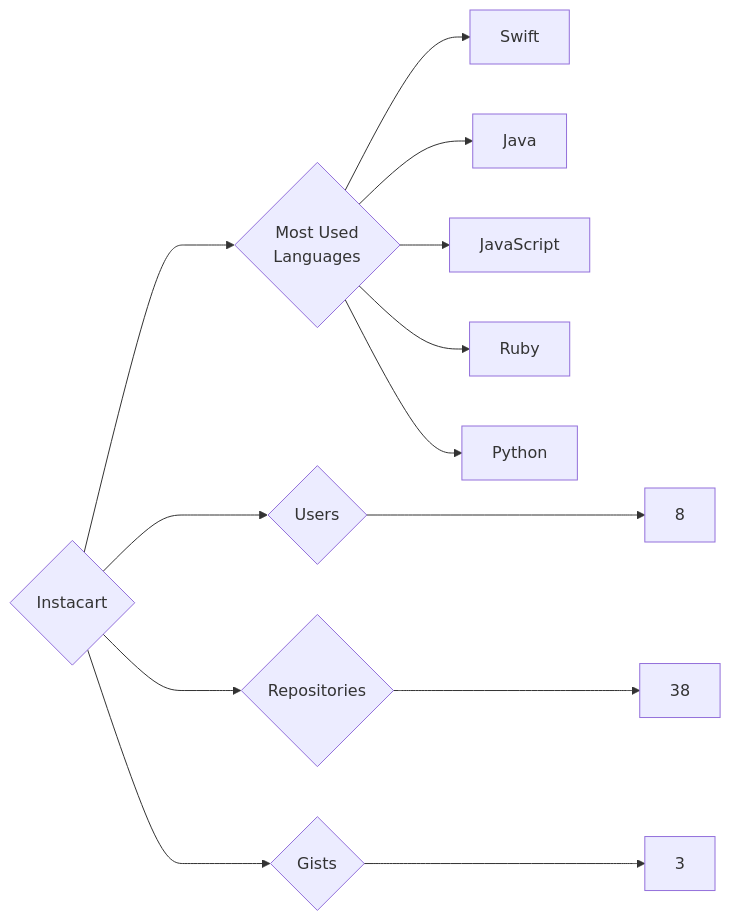
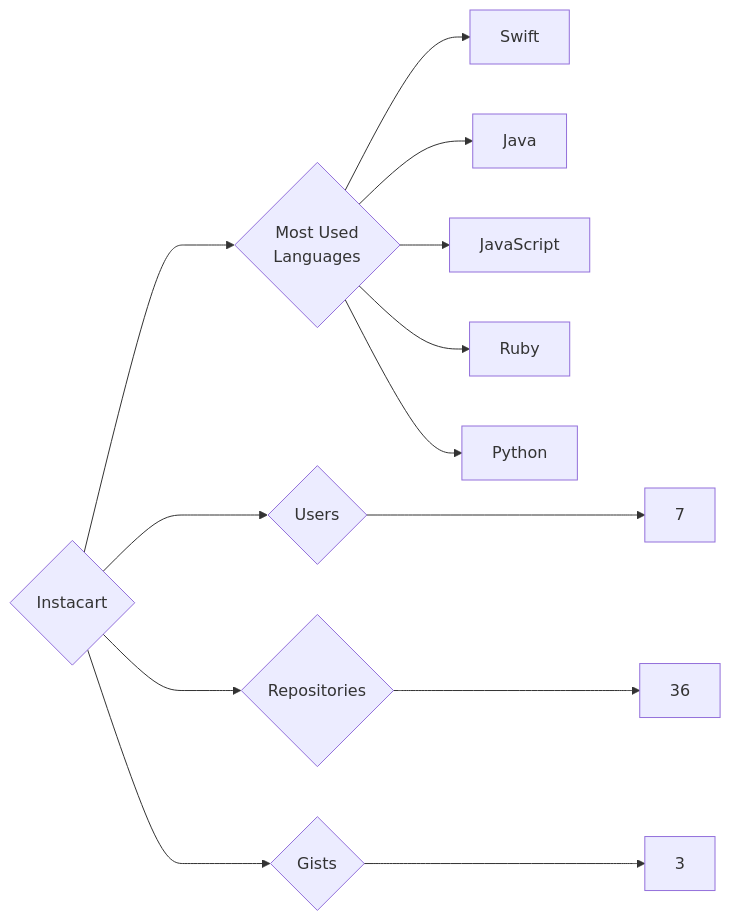
One commit to trickest/insiders changed the diagram in targets/Instacart/README.md. Above: the diagram before and after it, drawn with Mermaid. The commit also changed 873 other files, not shown here.

````diff
--- a/targets/Instacart/README.md
+++ b/targets/Instacart/README.md
@@ -3,13 +3,13 @@
 ```mermaid
 graph LR
 COMPANY_NAME{Instacart}
-COMPANY_NAME ---> U{Users} ---> UN[8]
-COMPANY_NAME ---> R{Repositories} ---> RN[38]
+COMPANY_NAME ---> U{Users} ---> UN[7]
+COMPANY_NAME ---> R{Repositories} ---> RN[36]
 COMPANY_NAME ---> G{Gists} ---> GN[3]
 COMPANY_NAME ---> ML{Most Used<br>Languages}
 ML --> Swift[Swift]
 ML --> Java[Java]
 ML --> JavaScript[JavaScript]
 ML --> Ruby[Ruby]
 ML --> Python[Python]
 ```
````
